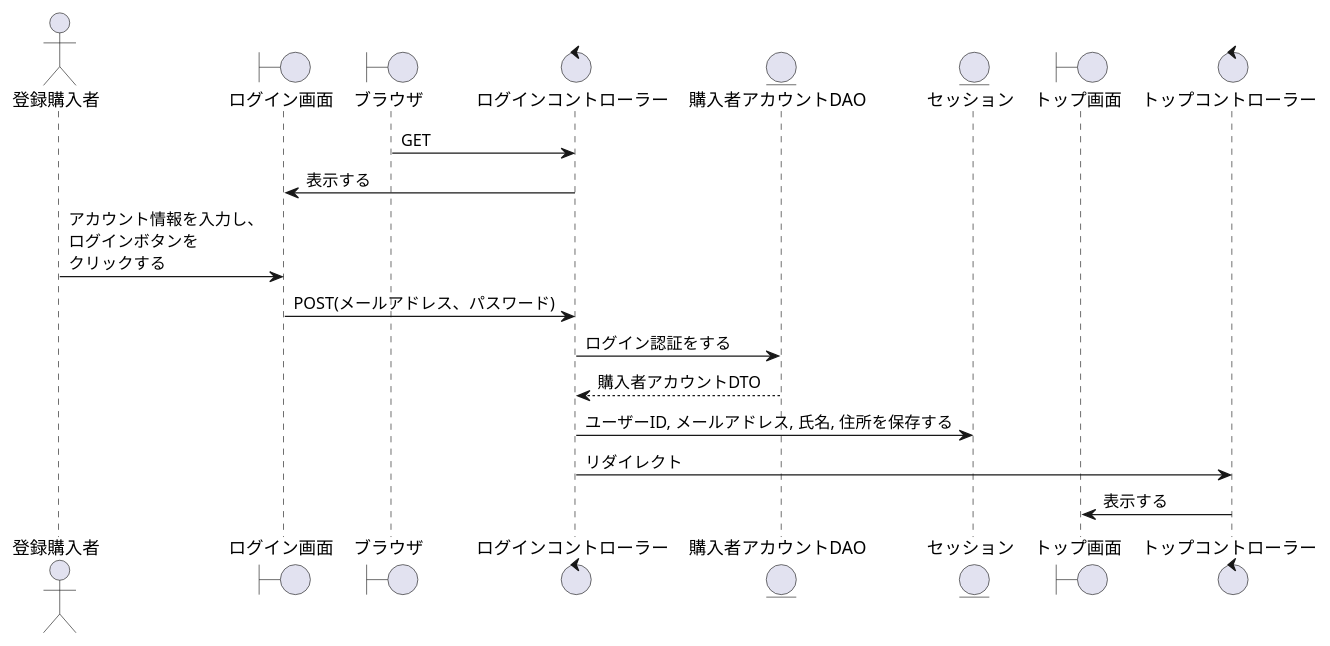
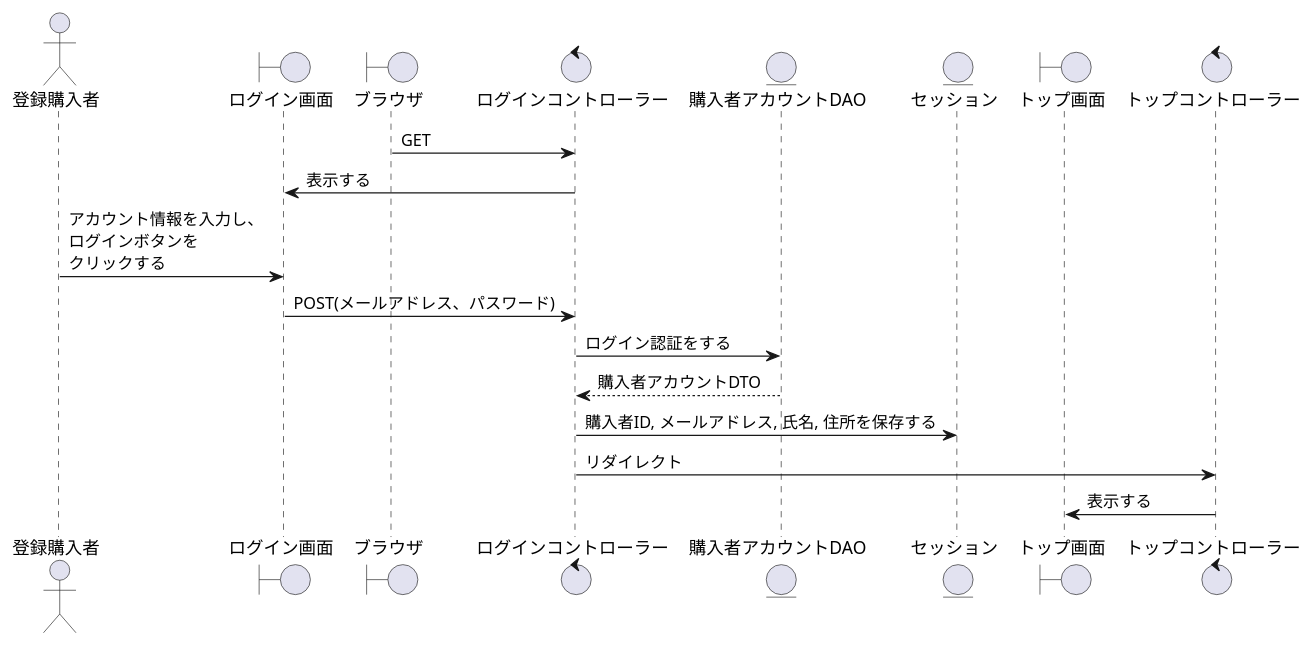
The diagram in PJ_シーケンス/購入者/ログイン.wsd (SK-B-S/PJ), drawn with PlantUML before and after one commit. The commit also changed 1 other file, not shown here.

```diff
--- a/PJ_シーケンス/購入者/ログイン.wsd
+++ b/PJ_シーケンス/購入者/ログイン.wsd
@@ -1,23 +1,23 @@
 @startuml ログイン
 
 actor    "登録購入者" as act
 boundary "ログイン画面" as Login
 boundary "ブラウザ" as brz
 control  "ログインコントローラー" as Approval_c
 entity   "購入者アカウントDAO" as Account
 entity   "セッション" as sessyon
 boundary "トップ画面" as Top
 control  "トップコントローラー" as Completion_c
 
 '-------------------------------------------------------------------------------------------
 
 brz -> Approval_c : GET
 Login <- Approval_c : 表示する
 act -> Login : アカウント情報を入力し、\nログインボタンを\nクリックする
 Login -> Approval_c : POST(メールアドレス、パスワード)
 Approval_c -> Account : ログイン認証をする
 Approval_c <-- Account : 購入者アカウントDTO
-Approval_c -> sessyon : ユーザーID, メールアドレス, 氏名, 住所を保存する
+Approval_c -> sessyon : 購入者ID, メールアドレス, 氏名, 住所を保存する
 Approval_c -> Completion_c : リダイレクト
 Completion_c -> Top : 表示する
 @enduml
```
